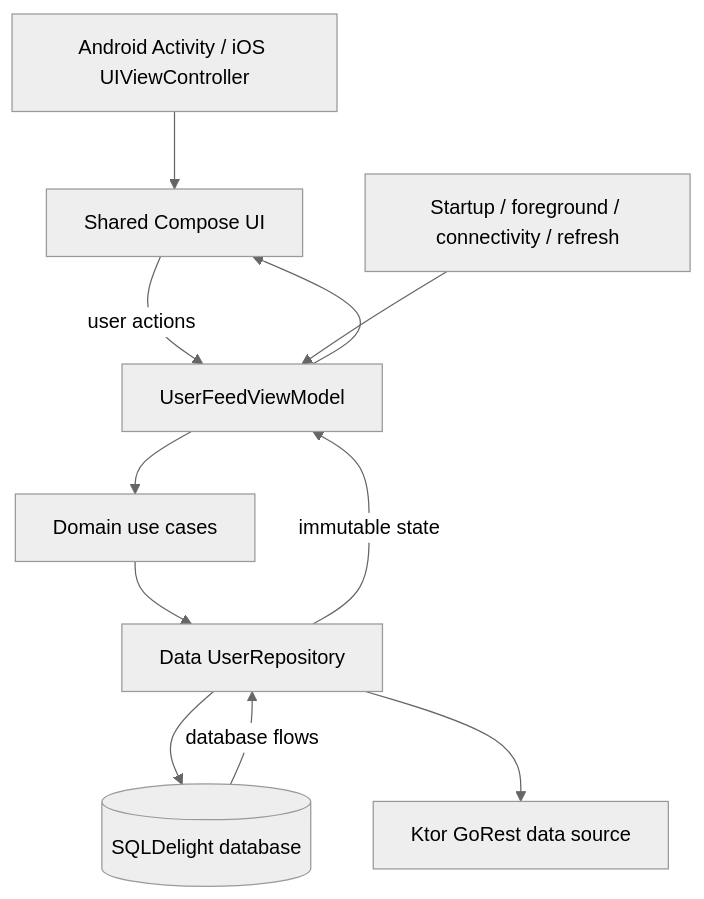
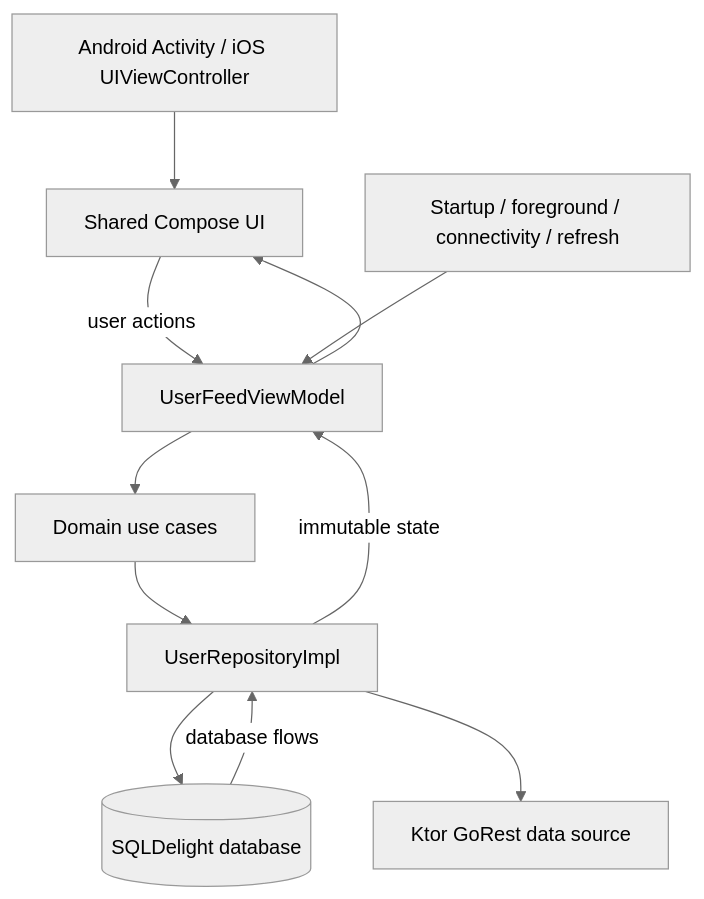
One commit to yuenkl/Bill-User-Management-System changed the diagram in README.md. Above: the diagram before and after it, drawn with Mermaid (neutral theme). The commit also changed other lines of this file and 18 other files, not shown here.

````diff
--- a/README.md
+++ b/README.md
@@ -20,13 +20,13 @@
 ```mermaid
 flowchart TD
     A[Android Activity / iOS UIViewController] --> B[Shared Compose UI]
     B -->|user actions| C[UserFeedViewModel]
     C --> D[Domain use cases]
-    D --> E[Data UserRepository]
+    D --> E[UserRepositoryImpl]
     E --> F[(SQLDelight database)]
     E --> G[Ktor GoRest data source]
     I[Startup / foreground / connectivity / refresh] --> C
     F -->|database flows| E
     E -->|immutable state| C
     C --> B
 ```
````
